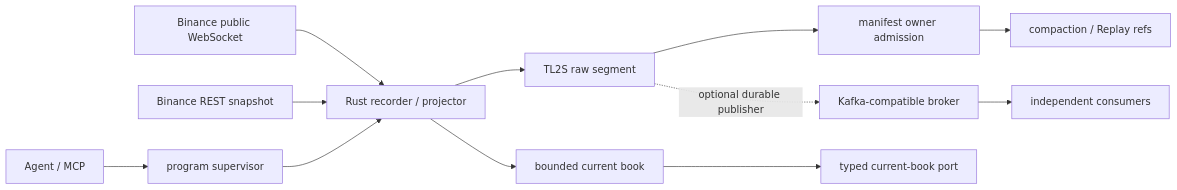
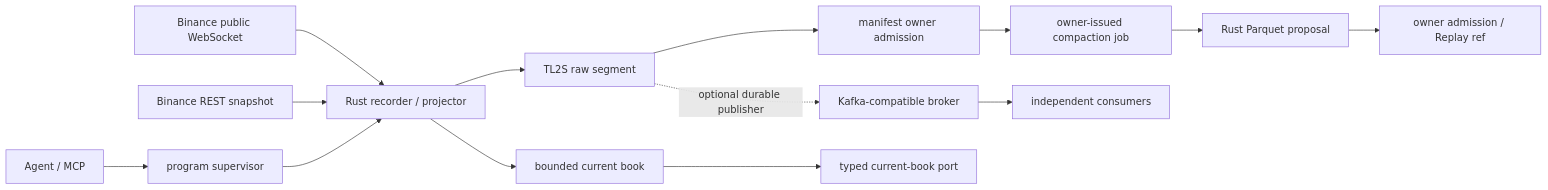
The diagram in docs/runtime/l2-order-book-data-plane.md (qOeOp/trade), drawn with Mermaid before and after one commit. The commit also changed other lines of this file and 2 other files, not shown here.

Commit message:
docs(market-data): define l2 compaction ownership

````diff
--- a/docs/runtime/l2-order-book-data-plane.md
+++ b/docs/runtime/l2-order-book-data-plane.md
@@ -32,14 +32,16 @@
 ```mermaid
 flowchart LR
   WS["Binance public WebSocket"] --> R["Rust recorder / projector"]
   REST["Binance REST snapshot"] --> R
   R --> WAL["TL2S raw segment"]
   R --> BOOK["bounded current book"]
   WAL --> ADM["manifest owner admission"]
-  ADM --> ARC["compaction / Replay refs"]
+  ADM --> JOB["owner-issued compaction job"]
+  JOB --> CP["Rust Parquet proposal"]
+  CP --> ARC["owner admission / Replay ref"]
   BOOK --> READ["typed current-book port"]
   WAL -. "optional durable publisher" .-> BUS["Kafka-compatible broker"]
   BUS --> CON["independent consumers"]
   OPS["program supervisor"] --> R
   MCP["Agent / MCP"] --> OPS
 ```
````
